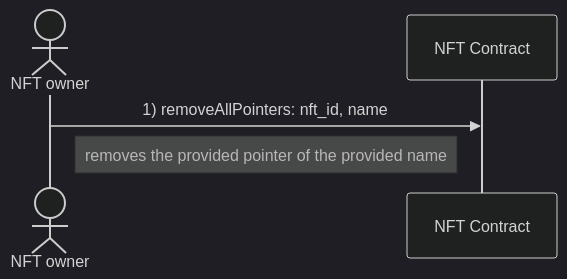
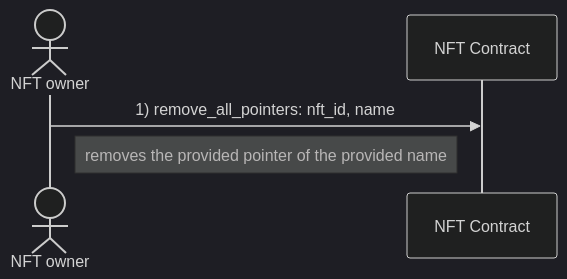
The fifth of 5 diagrams in docs/diagrams/update_pointers.md (marc0olo/aens-nfts), drawn with Mermaid (dark theme) before and after one commit. The commit also changed other lines of this file and 17 other files, not shown here.

````diff
--- a/docs/diagrams/update_pointers.md
+++ b/docs/diagrams/update_pointers.md
@@ -40,6 +40,6 @@
 ```mermaid
 sequenceDiagram
     actor NFT owner
-    NFT owner ->> NFT Contract: 1) removeAllPointers: nft_id, name
+    NFT owner ->> NFT Contract: 1) remove_all_pointers: nft_id, name
     Note left of NFT Contract: removes the provided pointer of the provided name
 ```
````
